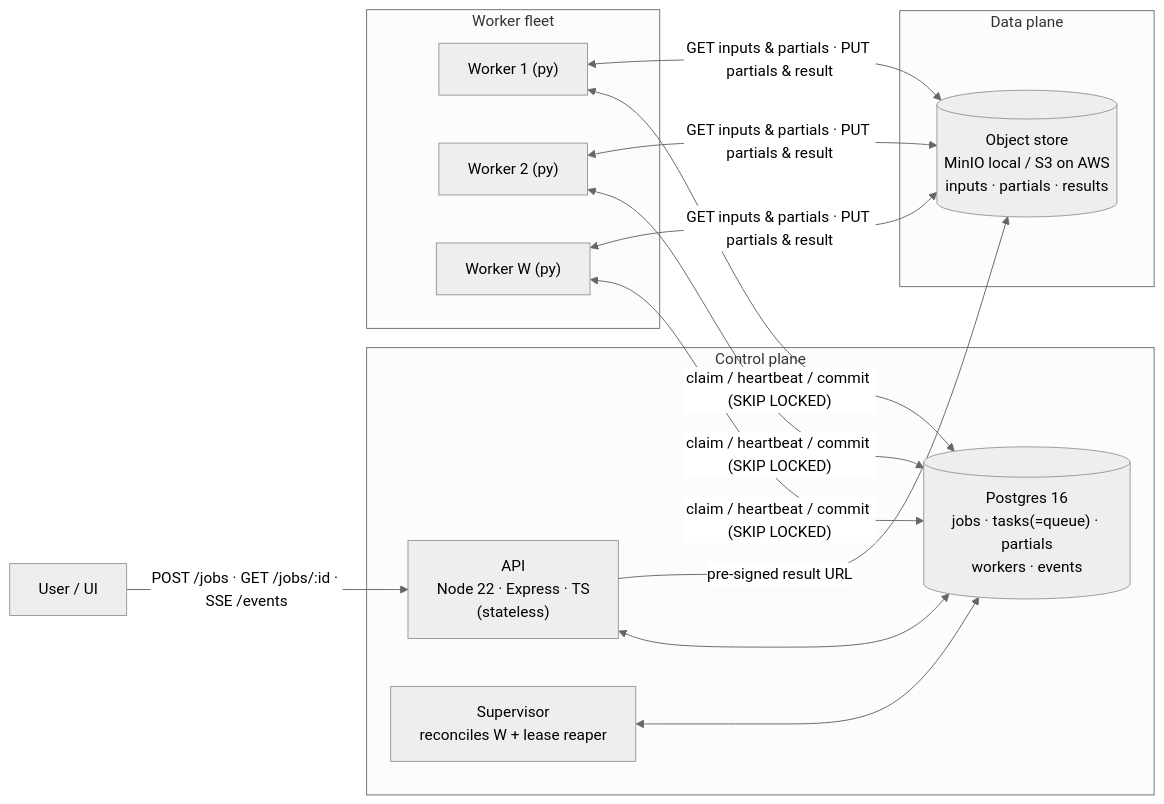
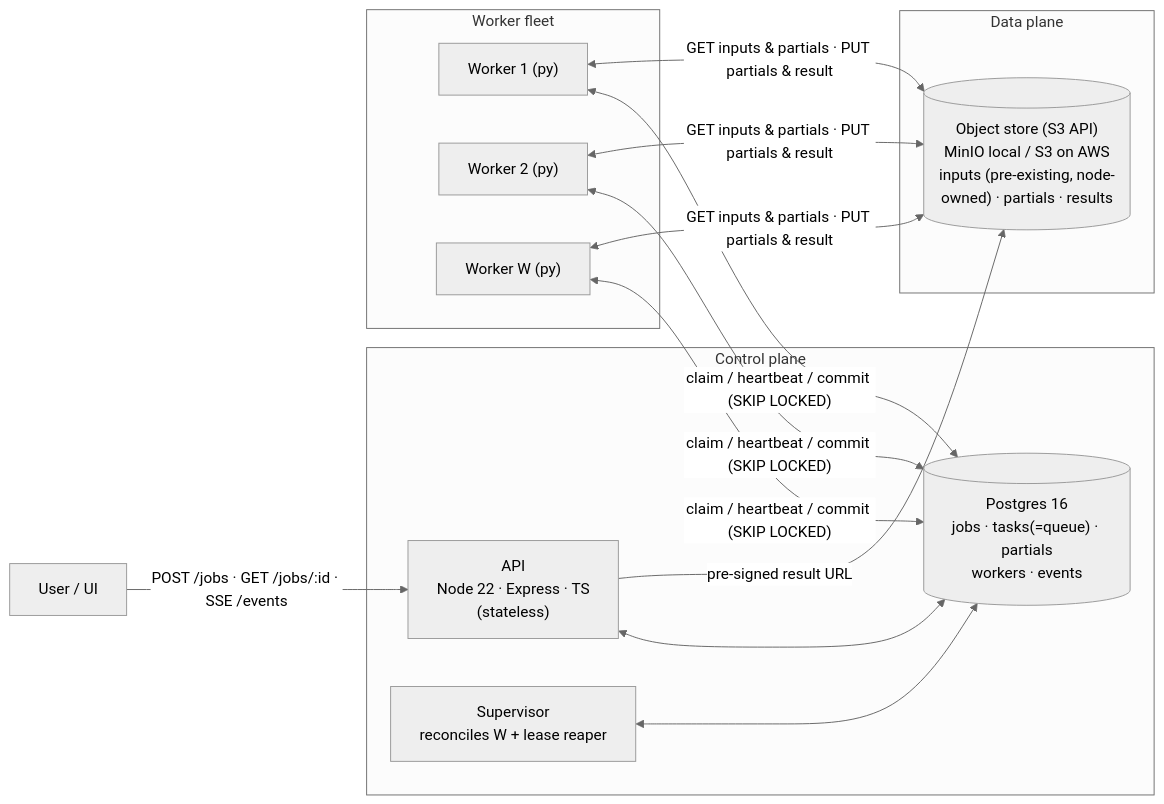
Before and after one commit to samkit-ti/outreach: the first of 4 diagrams in Desktop/2026/switch-prep/distributed-mean/docs/v2/02-hld.md, drawn with Mermaid (neutral theme). The commit also changed other lines of this file and 18 other files, not shown here.

Commit message:
Scope change: inputs pre-exist (federated-learning setting); generation removed end-to-end

````diff
--- a/Desktop/2026/switch-prep/distributed-mean/docs/v2/02-hld.md
+++ b/Desktop/2026/switch-prep/distributed-mean/docs/v2/02-hld.md
@@ -48,26 +52,26 @@
 ```mermaid
 flowchart LR
     U["User / UI"] -->|"POST /jobs · GET /jobs/:id · SSE /events"| API
 
     subgraph cp["Control plane"]
         API["API<br/>Node 22 · Express · TS<br/>(stateless)"]
         PG[("Postgres 16<br/>jobs · tasks(=queue) · partials<br/>workers · events")]
         SUP["Supervisor<br/>reconciles W + lease reaper"]
     end
 
     subgraph dp["Data plane"]
-        S3[("Object store<br/>MinIO local / S3 on AWS<br/>inputs · partials · results")]
+        S3[("Object store (S3 API)<br/>MinIO local / S3 on AWS<br/>inputs (pre-existing, node-owned) · partials · results")]
     end
 
     subgraph wf["Worker fleet"]
         W1["Worker 1 (py)"]
         W2["Worker 2 (py)"]
         WN["Worker W (py)"]
     end
 
     API <--> PG
     SUP <--> PG
     W1 & W2 & WN <-->|"claim / heartbeat / commit (SKIP LOCKED)"| PG
     W1 & W2 & WN <-->|"GET inputs & partials · PUT partials & result"| S3
     API -->|"pre-signed result URL"| S3
 ```
````
